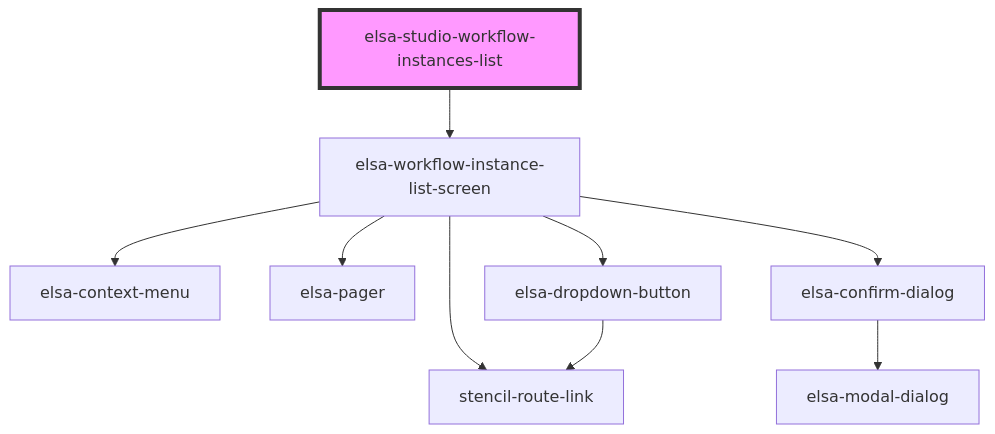
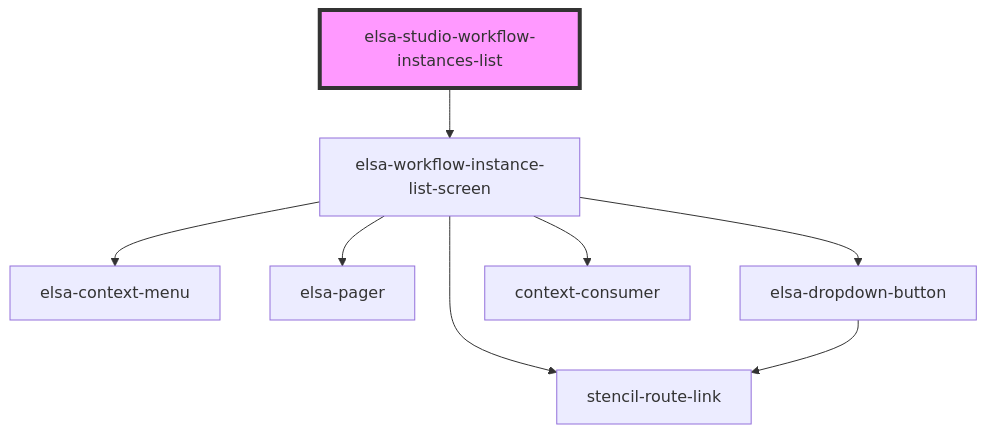
The diagram in src/designer/elsa-workflows-studio/src/components/dashboard/pages/elsa-studio-workflow-instances-list/readme.md (elsa-workflows/elsa-core), drawn with Mermaid before and after one commit. The commit also changed other lines of this file and 69 other files, not shown here.

````diff
--- a/src/designer/elsa-workflows-studio/src/components/dashboard/pages/elsa-studio-workflow-instances-list/readme.md
+++ b/src/designer/elsa-workflows-studio/src/components/dashboard/pages/elsa-studio-workflow-instances-list/readme.md
@@ -23,12 +22,11 @@
 ```mermaid
 graph TD;
   elsa-studio-workflow-instances-list --> elsa-workflow-instance-list-screen
   elsa-workflow-instance-list-screen --> stencil-route-link
   elsa-workflow-instance-list-screen --> elsa-context-menu
   elsa-workflow-instance-list-screen --> elsa-pager
-  elsa-workflow-instance-list-screen --> elsa-confirm-dialog
   elsa-workflow-instance-list-screen --> elsa-dropdown-button
-  elsa-confirm-dialog --> elsa-modal-dialog
+  elsa-workflow-instance-list-screen --> context-consumer
   elsa-dropdown-button --> stencil-route-link
   style elsa-studio-workflow-instances-list fill:#f9f,stroke:#333,stroke-width:4px
 ```
````
